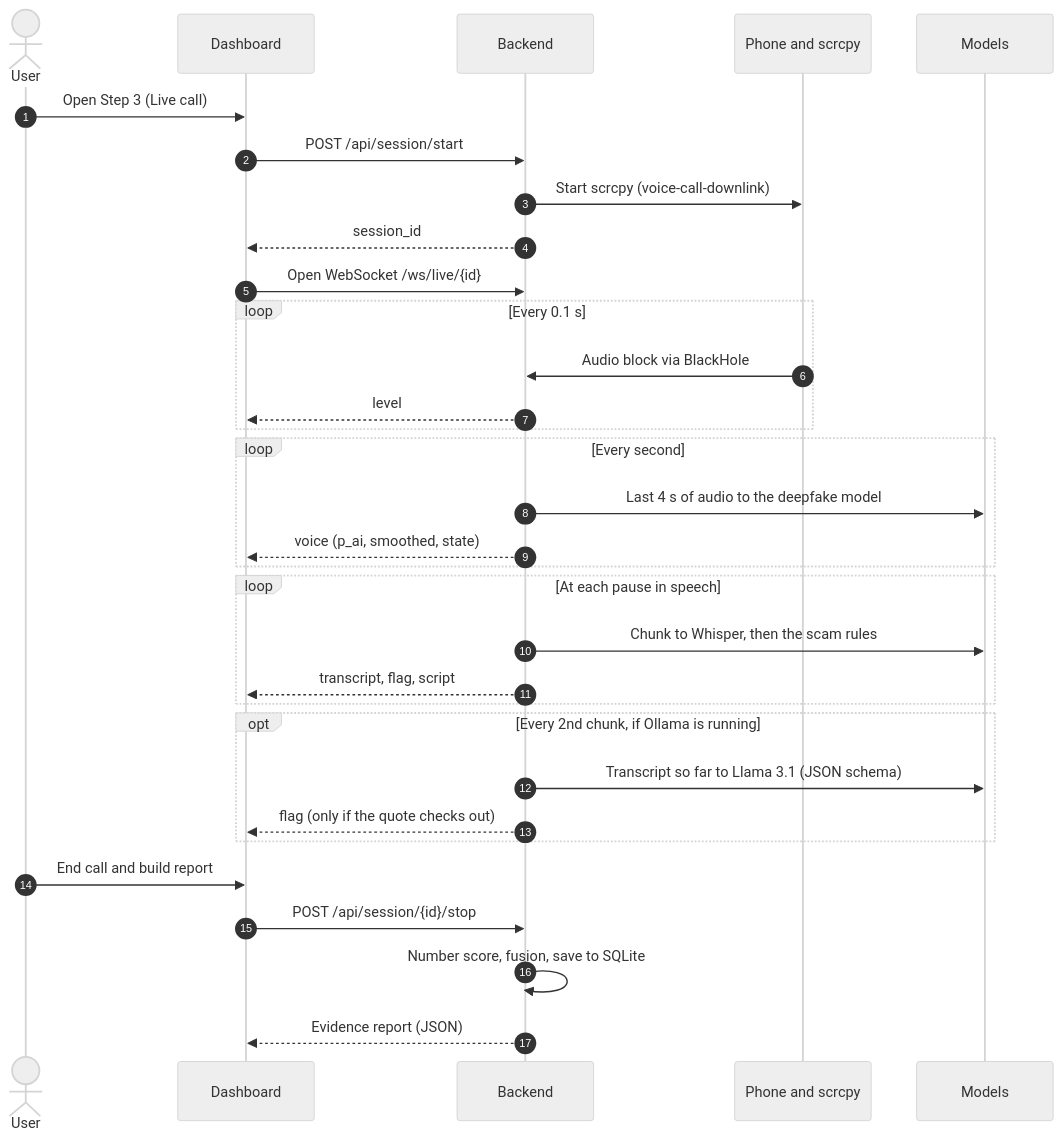
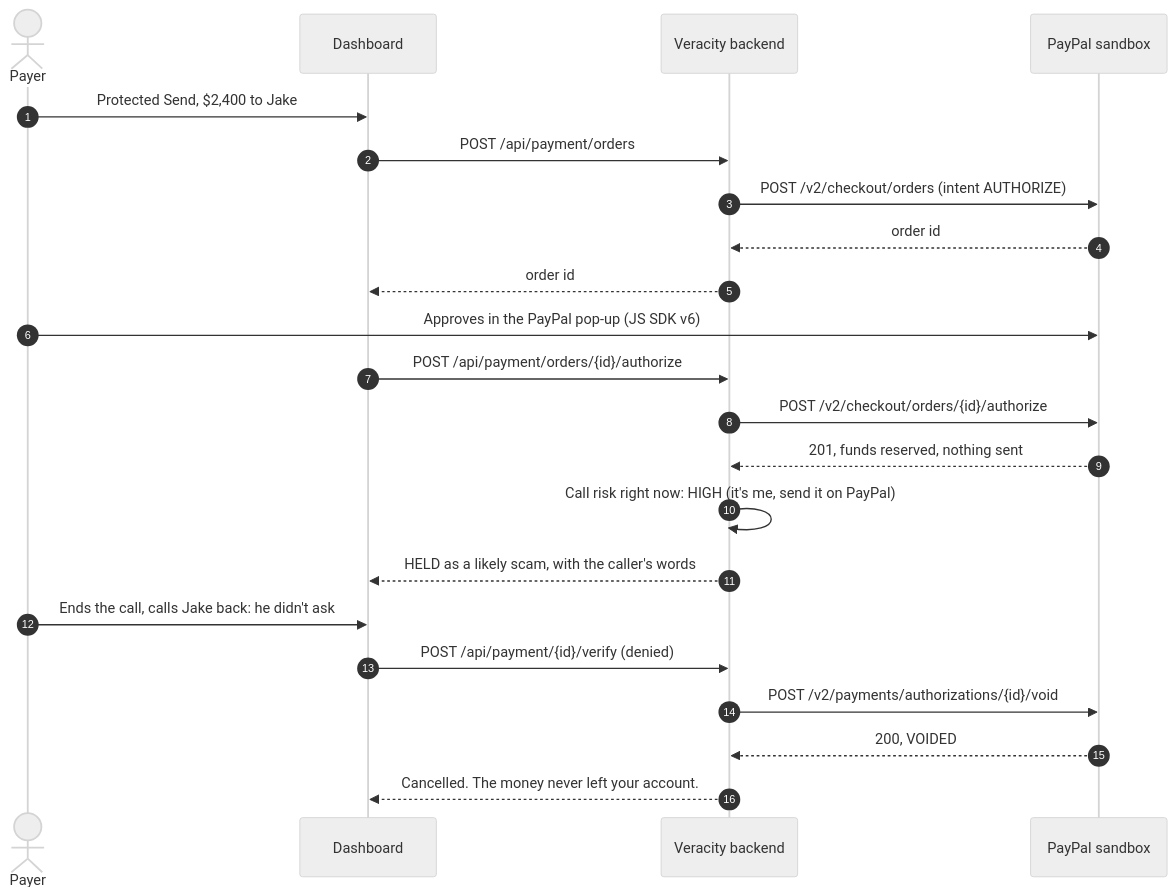
Before and after one commit to YADUNANDAN-SINGH/Veracity: the second of 2 diagrams in README.md, drawn with Mermaid (neutral theme). The commit also changed other lines of this file and 6 other files, not shown here.

Commit message:
Rewrite README.md for PayPal AI Hackathon judges and update screenshots

````diff
--- a/README.md
+++ b/README.md
@@ -236,37 +116,24 @@
 ```mermaid
 sequenceDiagram
     autonumber
-    actor U as User
+    actor U as Payer
     participant D as Dashboard
-    participant B as Backend
-    participant P as Phone and scrcpy
-    participant M as Models
-
-    U->>D: Open Step 3 (Live call)
-    D->>B: POST /api/session/start
-    B->>P: Start scrcpy (voice-call-downlink)
-    B-->>D: session_id
-    D->>B: Open WebSocket /ws/live/{id}
-
-    loop Every 0.1 s
-        P->>B: Audio block via BlackHole
-        B-->>D: level
-    end
-    loop Every second
-        B->>M: Last 4 s of audio to the deepfake model
-        B-->>D: voice (p_ai, smoothed, state)
-    end
-    loop At each pause in speech
-        B->>M: Chunk to Whisper, then the scam rules
-        B-->>D: transcript, flag, script
-    end
-    opt Every 2nd chunk, if Ollama is running
-        B->>M: Transcript so far to Llama 3.1 (JSON schema)
-        B-->>D: flag (only if the quote checks out)
-    end
-
-    U->>D: End call and build report
-    D->>B: POST /api/session/{id}/stop
-    B->>B: Number score, fusion, save to SQLite
-    B-->>D: Evidence report (JSON)
+    participant V as Veracity backend
+    participant P as PayPal sandbox
+    U->>D: Protected Send, $2,400 to Jake
+    D->>V: POST /api/payment/orders
+    V->>P: POST /v2/checkout/orders (intent AUTHORIZE)
+    P-->>V: order id
+    V-->>D: order id
+    U->>P: Approves in the PayPal pop-up (JS SDK v6)
+    D->>V: POST /api/payment/orders/{id}/authorize
+    V->>P: POST /v2/checkout/orders/{id}/authorize
+    P-->>V: 201, funds reserved, nothing sent
+    V->>V: Call risk right now: HIGH (it's me, send it on PayPal)
+    V-->>D: HELD as a likely scam, with the caller's words
+    U->>D: Ends the call, calls Jake back: he didn't ask
+    D->>V: POST /api/payment/{id}/verify (denied)
+    V->>P: POST /v2/payments/authorizations/{id}/void
+    P-->>V: 200, VOIDED
+    V-->>D: Cancelled. The money never left your account.
 ```
````
